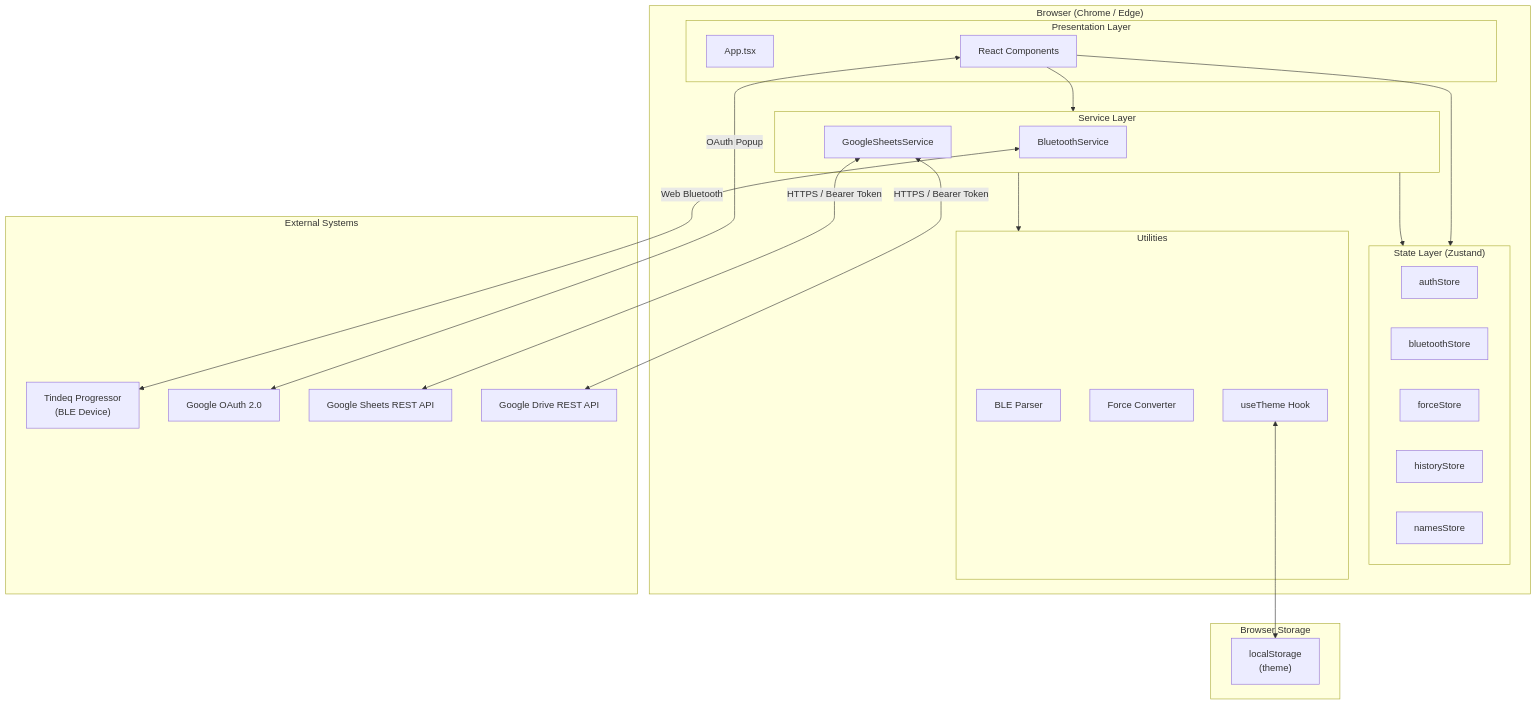
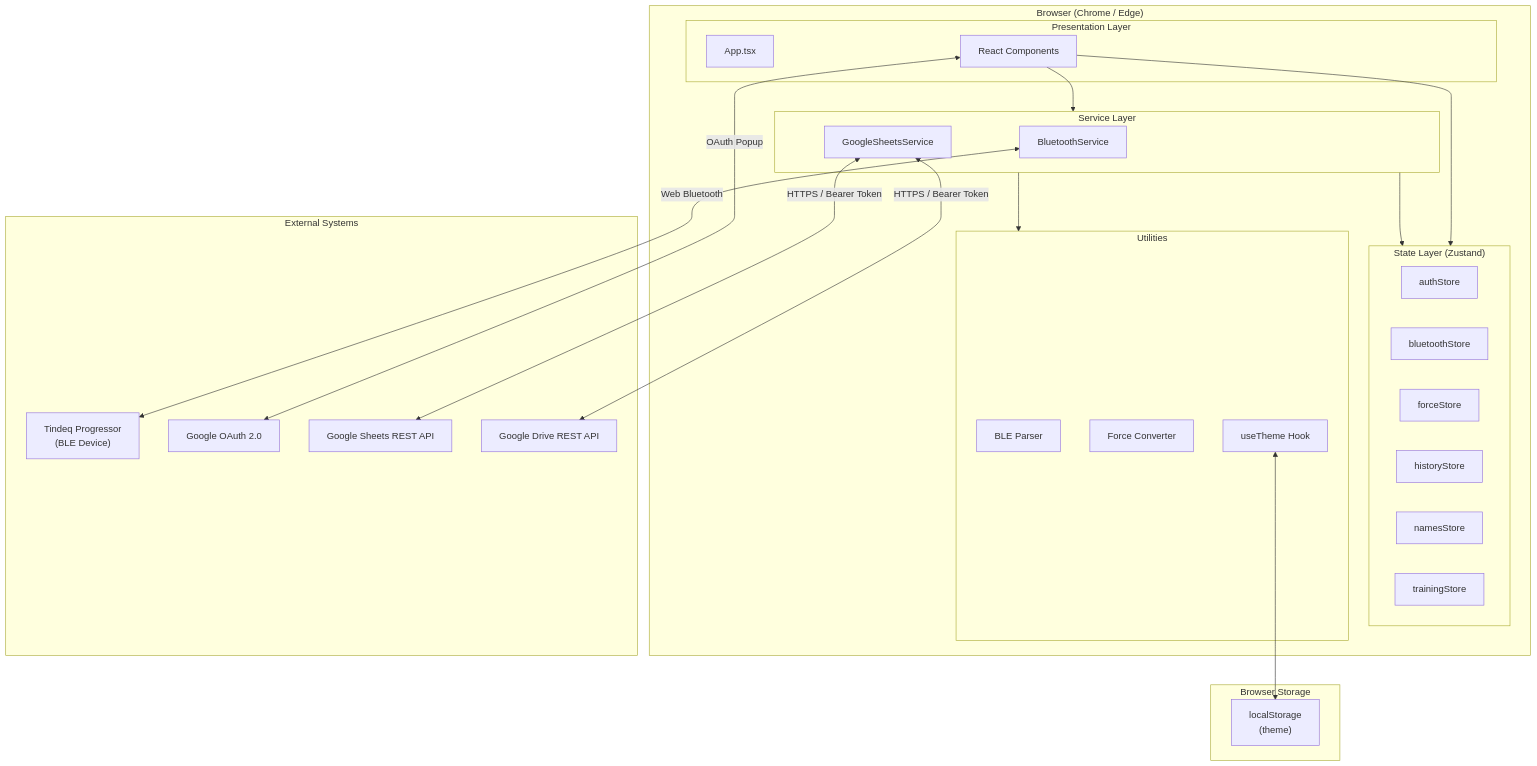
Before and after one commit to DerekLieww/Force-Recorder: the first of 23 diagrams in ARCHITECTURE.md, drawn with Mermaid. The commit also changed other lines of this file and 1 other file, not shown here.

Commit message:
feat: Update Architecture & Readme with training feat

````diff
--- a/ARCHITECTURE.md
+++ b/ARCHITECTURE.md
@@ -79,49 +80,50 @@
 ```mermaid
 graph TB
     subgraph Browser["Browser (Chrome / Edge)"]
         subgraph UI["Presentation Layer"]
             App["App.tsx"]
             Components["React Components"]
         end
 
         subgraph State["State Layer (Zustand)"]
             AuthStore["authStore"]
             BTStore["bluetoothStore"]
             ForceStore["forceStore"]
             HistoryStore["historyStore"]
             NamesStore["namesStore"]
+            TrainingStore["trainingStore"]
         end
 
         subgraph Services["Service Layer"]
             BTService["BluetoothService"]
             SheetsService["GoogleSheetsService"]
         end
 
         subgraph Utils["Utilities"]
             Parser["BLE Parser"]
             Converter["Force Converter"]
             Theme["useTheme Hook"]
         end
     end
 
     subgraph External["External Systems"]
         Progressor["Tindeq Progressor<br/>(BLE Device)"]
         GoogleAuth["Google OAuth 2.0"]
         GoogleSheets["Google Sheets REST API"]
         GoogleDrive["Google Drive REST API"]
     end
 
     subgraph Storage["Browser Storage"]
         LocalStorage["localStorage<br/>(theme)"]
     end
 
     Components --> State
     Components --> Services
     Services --> State
     Services --> Utils
     BTService <-->|"Web Bluetooth"| Progressor
     SheetsService <-->|"HTTPS / Bearer Token"| GoogleSheets
     SheetsService <-->|"HTTPS / Bearer Token"| GoogleDrive
     Components <-->|"OAuth Popup"| GoogleAuth
     Theme <--> LocalStorage
 ```
````
